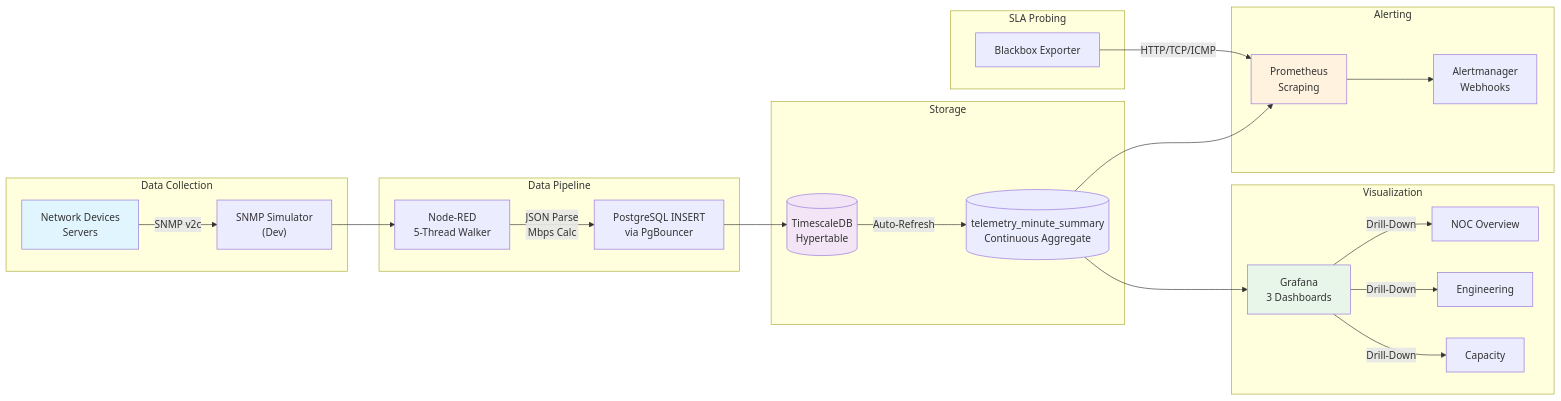
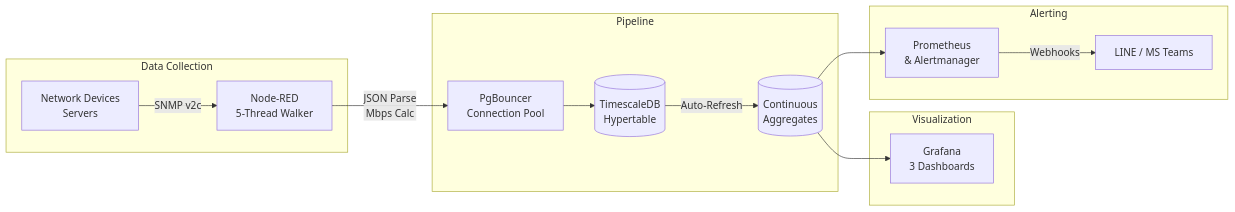
The diagram in README.md (PATTANAKORN025/IMS), drawn with Mermaid before and after one commit. The commit also changed other lines of this file and 17 other files, not shown here.

First line of the commit message:
docs(handover): finalize architecture docs, SRE runbook, and clean up repo artifacts

````diff
--- a/README.md
+++ b/README.md
@@ -51,37 +71,21 @@
 ```mermaid
 graph LR
     subgraph "Data Collection"
-        A["Network Devices<br/>Servers"] -->|SNMP v2c| B["SNMP Simulator<br/>(Dev)"]
+        A["Network Devices<br/>Servers"] -->|SNMP v2c| B["Node-RED<br/>5-Thread Walker"]
     end
 
-    subgraph "Data Pipeline"
-        B --> C["Node-RED<br/>5-Thread Walker"]
-        C -->|JSON Parse<br/>Mbps Calc| D["PostgreSQL INSERT<br/>via PgBouncer"]
-    end
-
-    subgraph "Storage"
-        D --> E[("TimescaleDB<br/>Hypertable")]
-        E -->|Auto-Refresh| F[("telemetry_minute_summary<br/>Continuous Aggregate")]
+    subgraph "Pipeline"
+        B -->|JSON Parse<br/>Mbps Calc| C["PgBouncer<br/>Connection Pool"]
+        C --> D[("TimescaleDB<br/>Hypertable")]
+        D -->|Auto-Refresh| E[("Continuous<br/>Aggregates")]
     end
 
     subgraph "Visualization"
-        F --> G["Grafana<br/>3 Dashboards"]
-        G -->|Drill-Down| G1[NOC Overview]
-        G -->|Drill-Down| G2[Engineering]
-        G -->|Drill-Down| G3[Capacity]
+        E --> F["Grafana<br/>3 Dashboards"]
     end
 
     subgraph "Alerting"
-        F --> H["Prometheus<br/>Scraping"]
-        H --> I["Alertmanager<br/>Webhooks"]
+        E --> G["Prometheus<br/>& Alertmanager"]
+        G -->|Webhooks| H["LINE / MS Teams"]
     end
-
-    subgraph "SLA Probing"
-        J["Blackbox Exporter"] -->|HTTP/TCP/ICMP| H
-    end
-
-    style A fill:#e1f5fe
-    style E fill:#f3e5f5
-    style G fill:#e8f5e9
-    style H fill:#fff3e0
 ```
````
